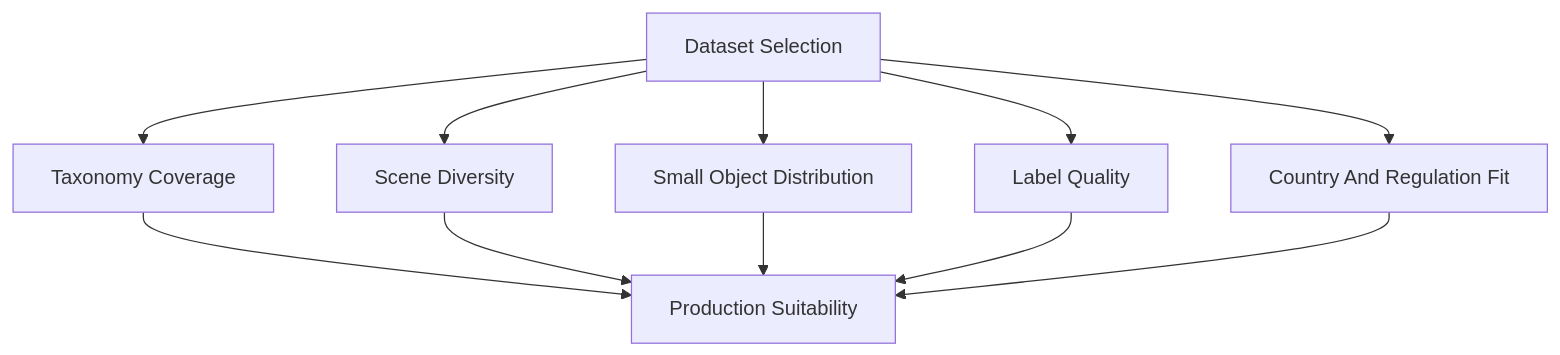
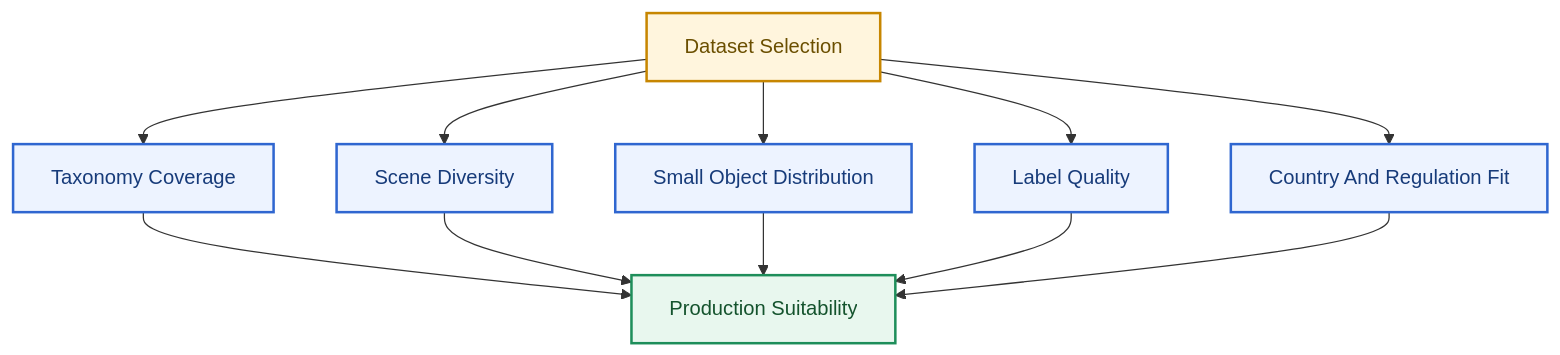
The seventh of 15 diagrams in research/3.research_tsr_detection_architecture_research.md (LeNguyenHaiDuong/adas-tsr), drawn with Mermaid before and after one commit. The commit also changed other lines of this file and 5 other files, not shown here.

Commit message:
Add mermaid color

````diff
--- a/research/3.research_tsr_detection_architecture_research.md
+++ b/research/3.research_tsr_detection_architecture_research.md
@@ -481,13 +532,20 @@
 ```mermaid
 flowchart TD
     A[Dataset Selection] --> B[Taxonomy Coverage]
     A --> C[Scene Diversity]
     A --> D[Small Object Distribution]
     A --> E[Label Quality]
     A --> F[Country And Regulation Fit]
     B --> G[Production Suitability]
     C --> G
     D --> G
     E --> G
     F --> G
+
+    classDef baseline fill:#FFF5DD,stroke:#C78600,color:#6B4F00,stroke-width:2px;
+    classDef feature fill:#EDF3FF,stroke:#2F66D0,color:#173B7A,stroke-width:2px;
+    classDef integration fill:#E8F7EE,stroke:#1E8E5A,color:#14532D,stroke-width:2px;
+    class A baseline;
+    class B,C,D,E,F feature;
+    class G integration;
 ```
````
